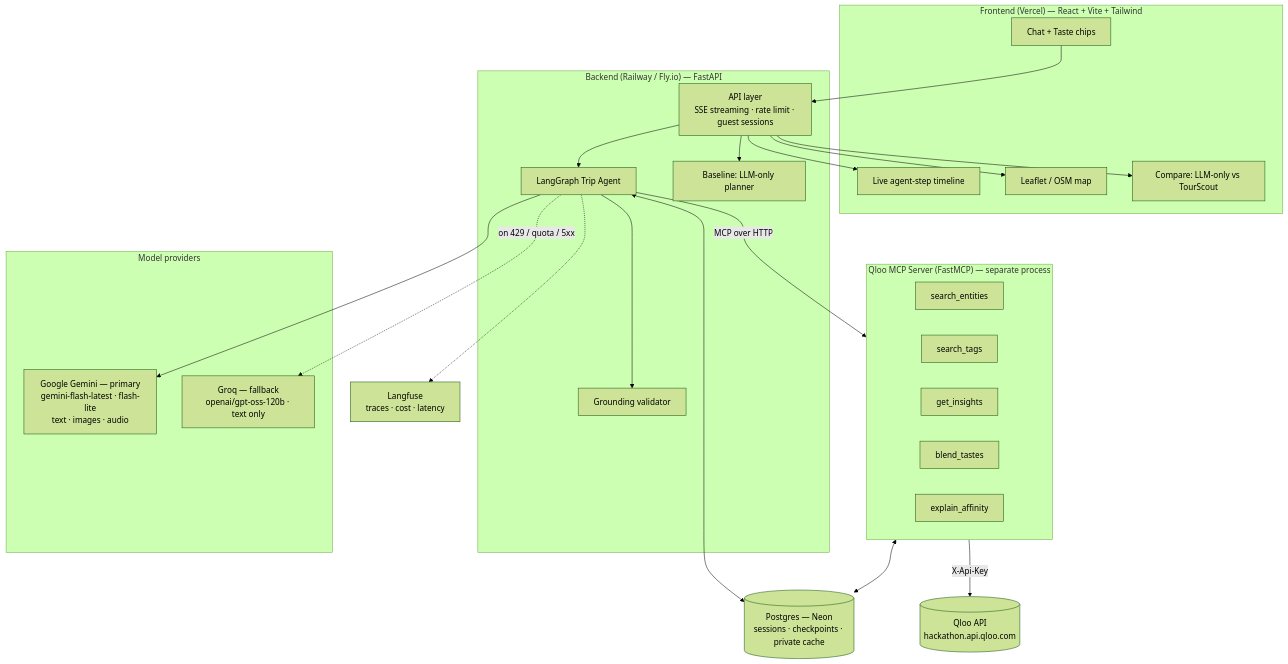
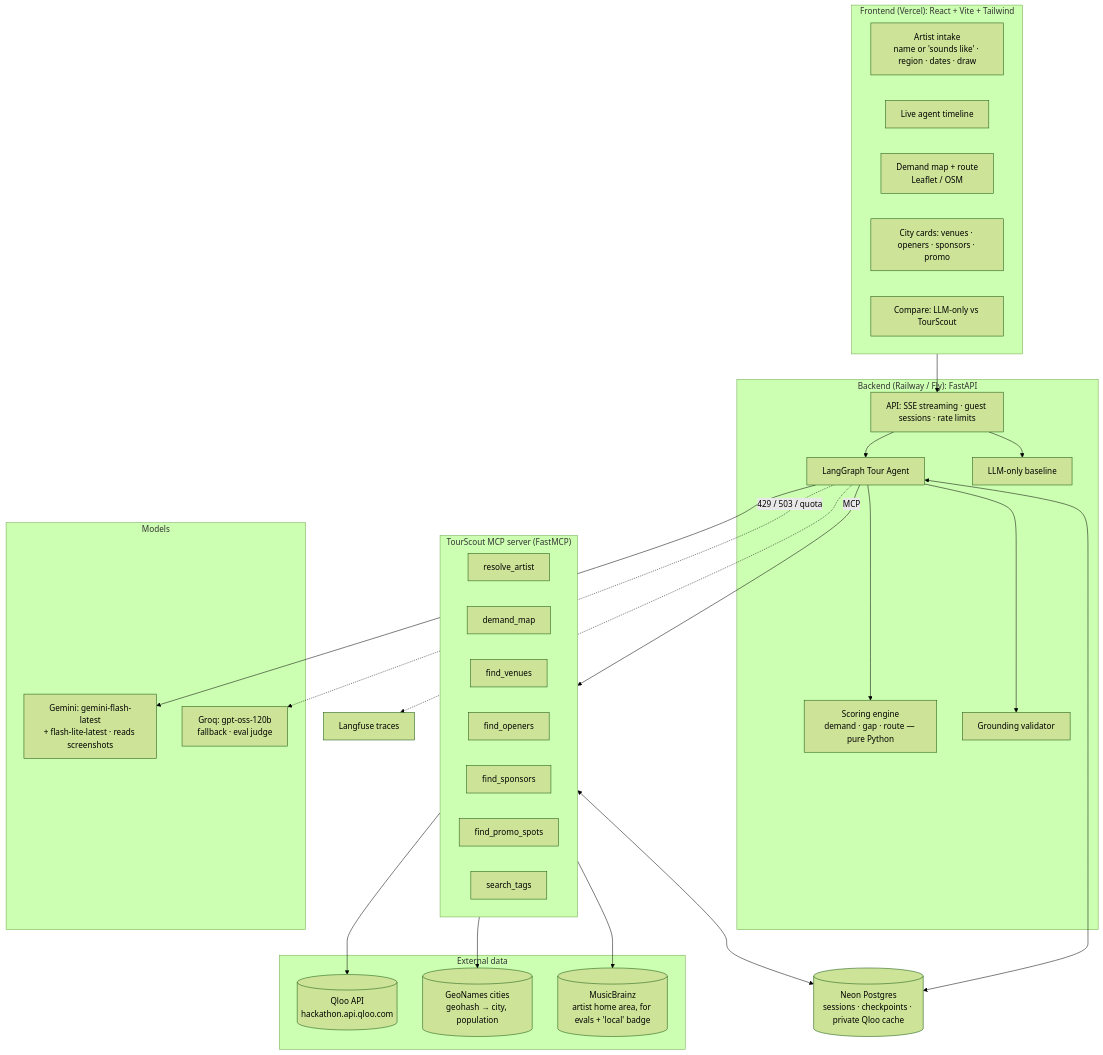
The first of 4 diagrams in ARCHITECTURE.md (anurag-23werty/TOURSCOUT), drawn with Mermaid (forest theme) before and after one commit. The commit also changed other lines of this file and 11 other files, not shown here.

Commit message:
docs: pivot TourScout to tour planning for independent musicians

````diff
--- a/ARCHITECTURE.md
+++ b/ARCHITECTURE.md
@@ -21,46 +36,56 @@
 ```mermaid
 flowchart TB
-    subgraph Client["Frontend (Vercel) — React + Vite + Tailwind"]
-        UI[Chat + Taste chips]
-        TL[Live agent-step timeline]
-        MAP[Leaflet / OSM map]
+    subgraph Web["Frontend (Vercel): React + Vite + Tailwind"]
+        IN[Artist intake<br/>name or 'sounds like' · region · dates · draw]
+        TL[Live agent timeline]
+        MAP[Demand map + route<br/>Leaflet / OSM]
+        CARDS[City cards: venues · openers · sponsors · promo]
         CMP[Compare: LLM-only vs TourScout]
     end
 
-    subgraph API["Backend (Railway / Fly.io) — FastAPI"]
-        GW[API layer<br/>SSE streaming · rate limit · guest sessions]
-        AG[LangGraph Trip Agent]
-        BASE[Baseline: LLM-only planner]
-        EV[Grounding validator]
+    subgraph API["Backend (Railway / Fly): FastAPI"]
+        GW[API: SSE streaming · guest sessions · rate limits]
+        AG[LangGraph Tour Agent]
+        SC[Scoring engine<br/>demand · gap · route — pure Python]
+        VA[Grounding validator]
+        BL[LLM-only baseline]
     end
 
-    subgraph Tools["Qloo MCP Server (FastMCP) — separate process"]
-        T1[search_entities]
-        T2[search_tags]
-        T3[get_insights]
-        T4[blend_tastes]
-        T5[explain_affinity]
+    subgraph MCP["TourScout MCP server (FastMCP)"]
+        T1[resolve_artist]
+        T2[demand_map]
+        T3[find_venues]
+        T4[find_openers]
+        T5[find_sponsors]
+        T6[find_promo_spots]
+        T7[search_tags]
     end
 
-    subgraph Models["Model providers"]
-        GEM[Google Gemini — primary<br/>gemini-flash-latest · flash-lite<br/>text · images · audio]
-        GROQ[Groq — fallback<br/>openai/gpt-oss-120b · text only]
+    subgraph Ext["External data"]
+        QLOO[(Qloo API<br/>hackathon.api.qloo.com)]
+        GEO[(GeoNames cities<br/>geohash → city, population)]
+        MB[(MusicBrainz<br/>artist home area, for evals + 'local' badge)]
     end
 
-    QLOO[(Qloo API<br/>hackathon.api.qloo.com)]
-    DB[(Postgres — Neon<br/>sessions · checkpoints · private cache)]
-    OBS[Langfuse<br/>traces · cost · latency]
+    subgraph LLM["Models"]
+        GEM[Gemini: gemini-flash-latest<br/>+ flash-lite-latest · reads screenshots]
+        GROQ[Groq: gpt-oss-120b<br/>fallback · eval judge]
+    end
 
-    UI --> GW
-    GW --> AG
-    GW --> BASE
-    AG -->|MCP over HTTP| Tools
+    DB[(Neon Postgres<br/>sessions · checkpoints · private Qloo cache)]
+    OBS[Langfuse traces]
+
+    Web --> GW --> AG
+    GW --> BL
+    AG --> SC
+    AG --> VA
+    AG -->|MCP| MCP
+    MCP --> QLOO
+    MCP --> GEO
+    MCP --> MB
+    MCP <--> DB
+    AG <--> DB
     AG --> GEM
-    AG -. on 429 / quota / 5xx .-> GROQ
-    AG --> EV
-    Tools -->|X-Api-Key| QLOO
-    Tools <--> DB
-    AG <--> DB
+    AG -. 429 / 503 / quota .-> GROQ
     AG -.-> OBS
-    GW --> TL & MAP & CMP
 ```
````
